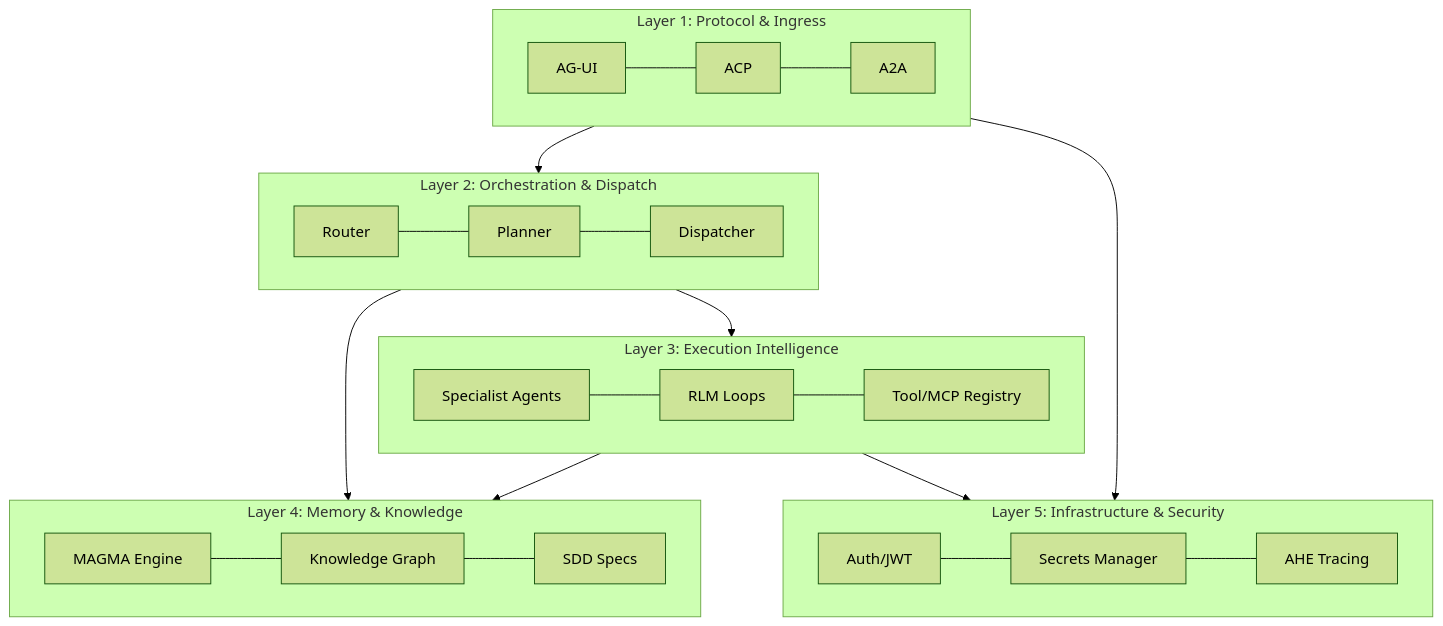
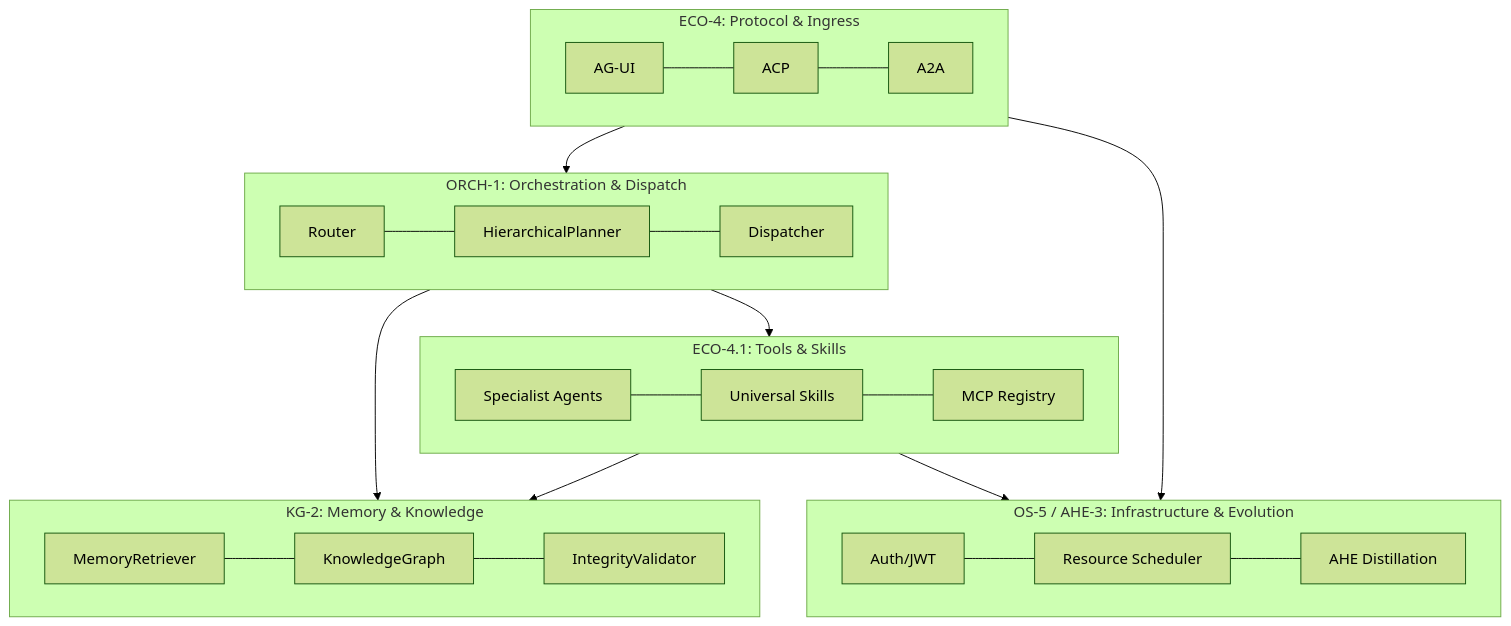
The second of 2 diagrams in docs/overview.md (Knuckles-Team/agent-utilities), drawn with Mermaid (forest theme) before and after one commit. The commit also changed other lines of this file and 218 other files, not shown here.

````diff
--- a/docs/overview.md
+++ b/docs/overview.md
@@ -168,29 +117,29 @@
 ```mermaid
 flowchart TB
-    subgraph L1 [Layer 1: Protocol & Ingress]
+    subgraph P4 [ECO-4: Protocol & Ingress]
         AGUI[AG-UI] --- ACP[ACP] --- A2A[A2A]
     end
 
-    subgraph L2 [Layer 2: Orchestration & Dispatch]
-        Router --- Planner --- Dispatcher
+    subgraph P1 [ORCH-1: Orchestration & Dispatch]
+        Router --- HierarchicalPlanner --- Dispatcher
     end
 
-    subgraph L3 [Layer 3: Execution Intelligence]
-        Specialists[Specialist Agents] --- RLM[RLM Loops] --- Tools[Tool/MCP Registry]
+    subgraph P4_2 [ECO-4.1: Tools & Skills]
+        Specialists[Specialist Agents] --- Skills[Universal Skills] --- Tools[MCP Registry]
     end
 
-    subgraph L4 [Layer 4: Memory & Knowledge]
-        MAGMA[MAGMA Engine] --- KG[Knowledge Graph] --- SDD[SDD Specs]
+    subgraph P2 [KG-2: Memory & Knowledge]
+        MemoryRetriever --- KnowledgeGraph --- IntegrityValidator
     end
 
-    subgraph L5 [Layer 5: Infrastructure & Security]
-        Auth[Auth/JWT] --- Vault[Secrets Manager] --- Tracing[AHE Tracing]
+    subgraph P5 [OS-5 / AHE-3: Infrastructure & Evolution]
+        Auth[Auth/JWT] --- Scheduler[Resource Scheduler] --- Harness[AHE Distillation]
     end
 
-    L1 --> L2
-    L2 --> L3
-    L3 --> L4
-    L2 --> L4
-    L1 --> L5
-    L3 --> L5
+    P4 --> P1
+    P1 --> P4_2
+    P4_2 --> P2
+    P1 --> P2
+    P4 --> P5
+    P4_2 --> P5
 ```
````
